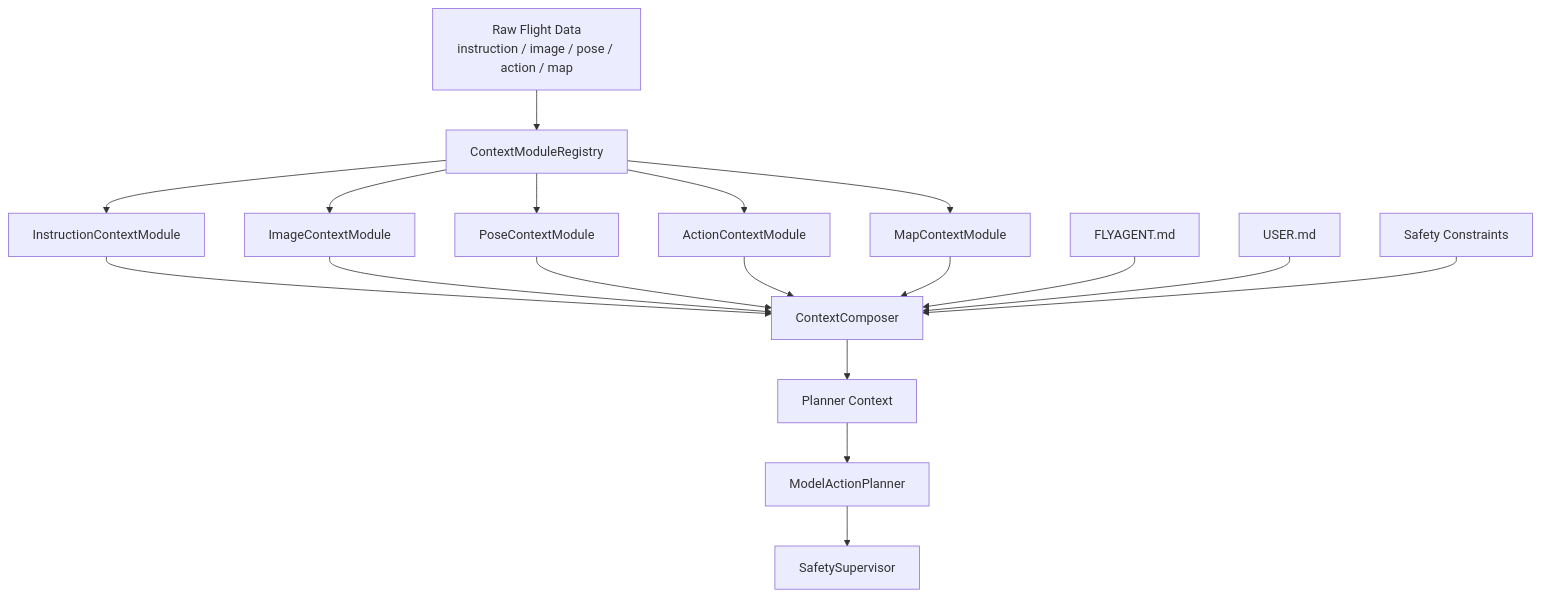
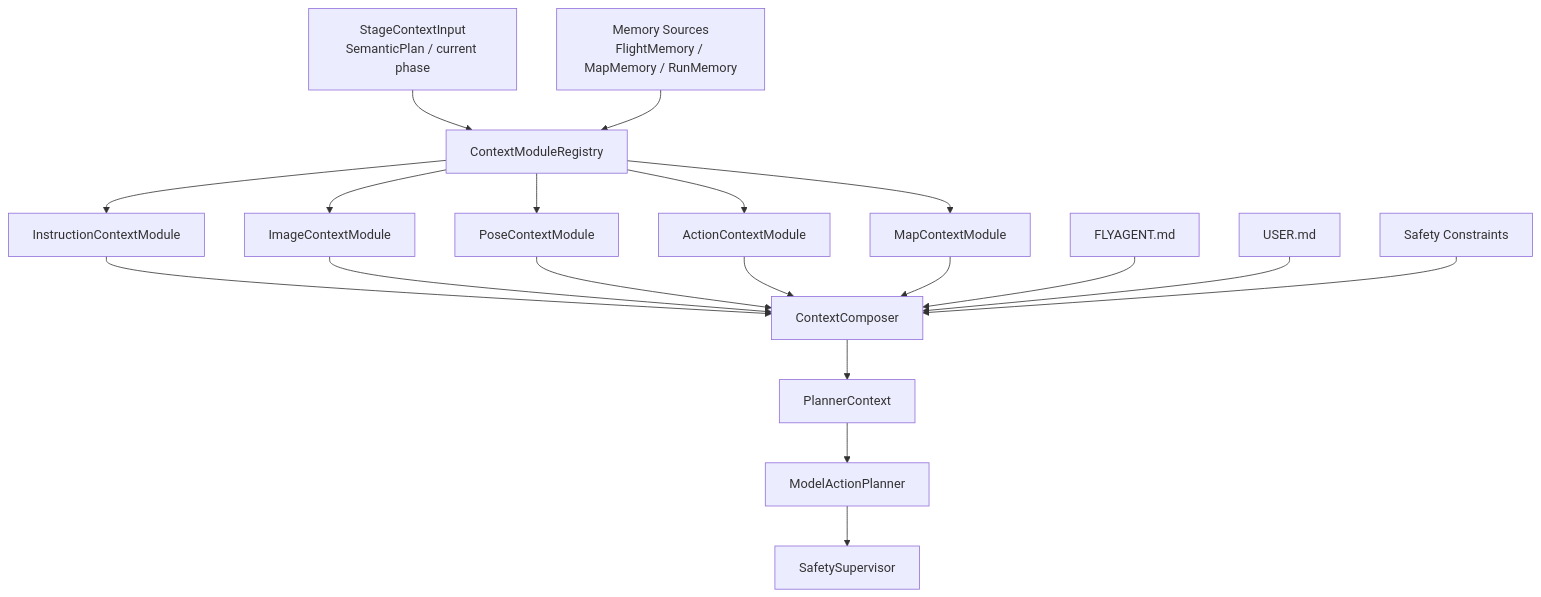
Before and after one commit to LZ6years/AeroPilot: the seventh of 11 diagrams in docs/memory_system/07_diagrams.md, drawn with Mermaid. The commit also changed other lines of this file and 92 other files, not shown here.

````diff
--- a/docs/memory_system/07_diagrams.md
+++ b/docs/memory_system/07_diagrams.md
@@ -94,24 +136,25 @@
 ```mermaid
 flowchart TD
-    A["Raw Flight Data<br/>instruction / image / pose / action / map"] --> R["ContextModuleRegistry"]
+    A["StageContextInput<br/>SemanticPlan / current phase"] --> R["ContextModuleRegistry"]
+    B["Memory Sources<br/>FlightMemory / MapMemory / RunMemory"] --> R
 
     R --> I["InstructionContextModule"]
     R --> IMG["ImageContextModule"]
     R --> P["PoseContextModule"]
     R --> ACT["ActionContextModule"]
     R --> M["MapContextModule"]
 
     I --> C["ContextComposer"]
     IMG --> C
     P --> C
     ACT --> C
     M --> C
 
     F["FLYAGENT.md"] --> C
     U["USER.md"] --> C
     S["Safety Constraints"] --> C
 
-    C --> O["Planner Context"]
+    C --> O["PlannerContext"]
     O --> PL["ModelActionPlanner"]
     PL --> SF["SafetySupervisor"]
 ```
````
